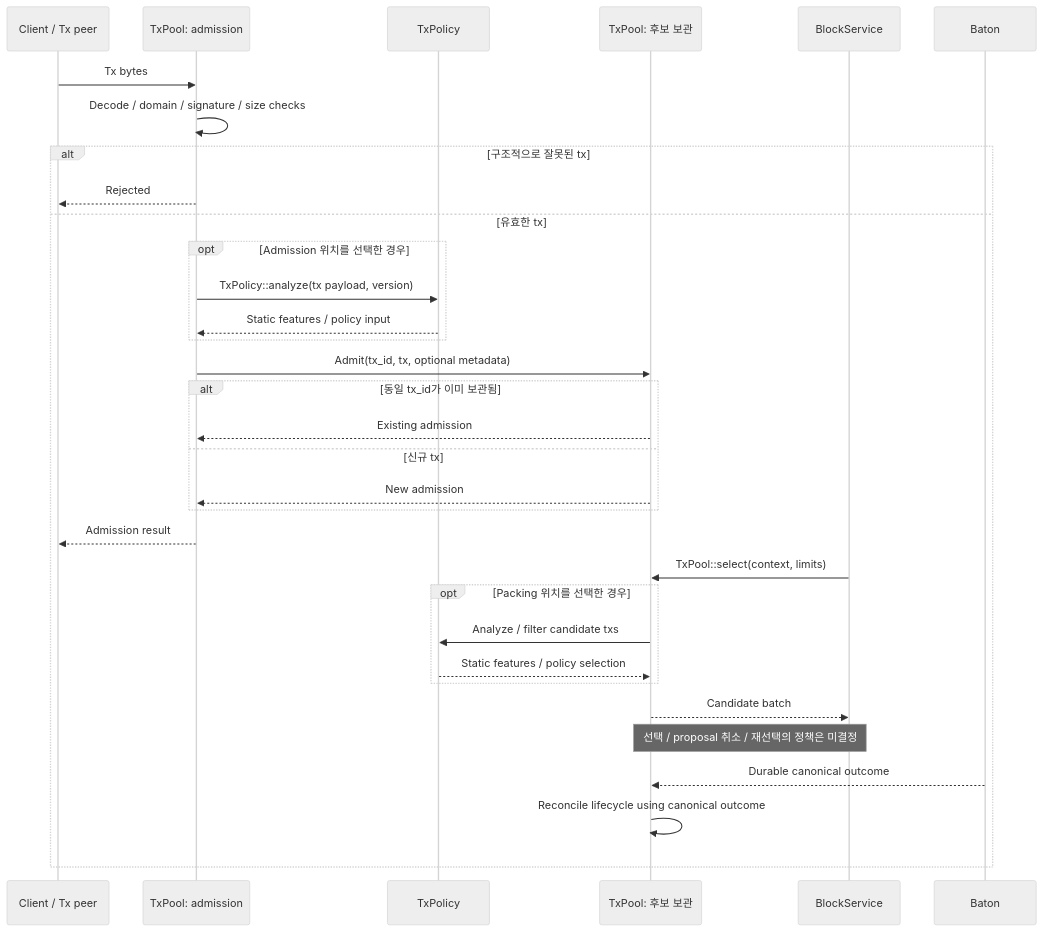
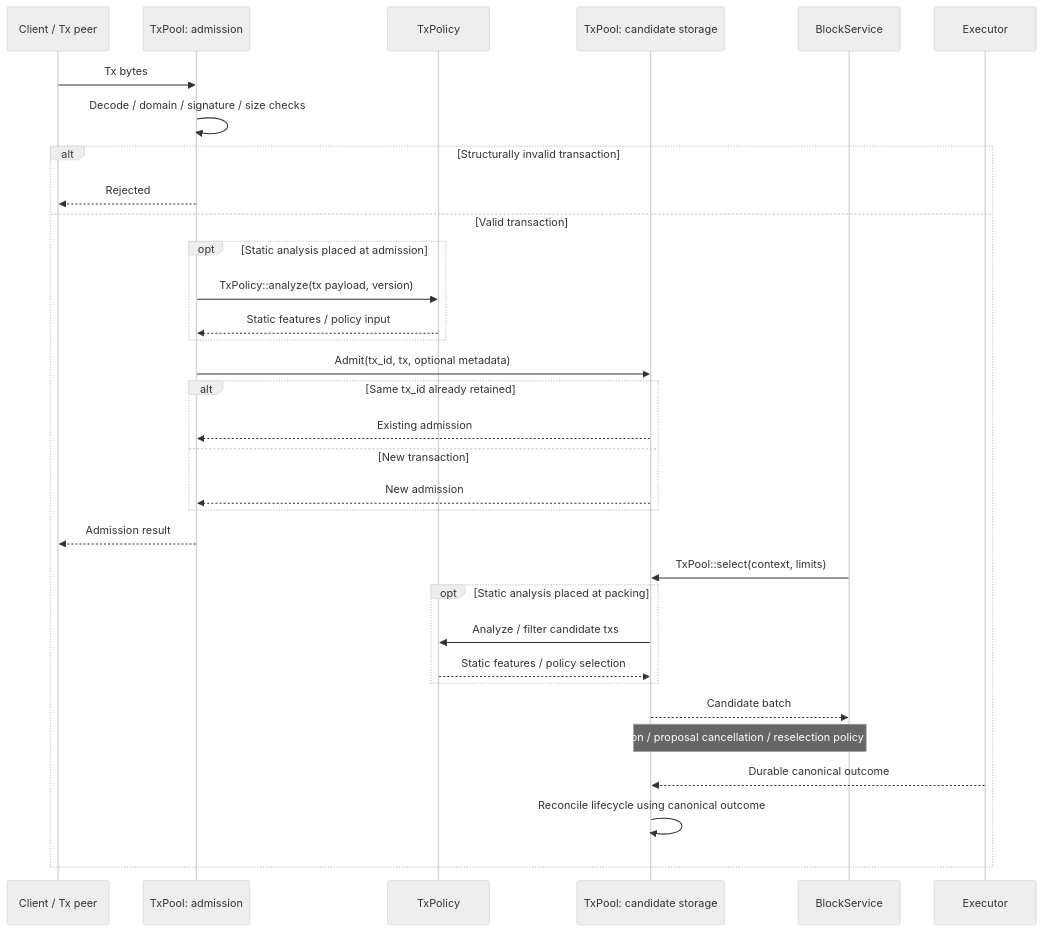
Before and after one commit to djm07073/baton-research: the second of 2 diagrams in docs/e2e/normal.md, drawn with Mermaid (neutral theme). The commit also changed other lines of this file and 99 other files, not shown here.

````diff
--- a/docs/e2e/normal.md
+++ b/docs/e2e/normal.md
@@ -41,35 +41,35 @@
 ```mermaid
 sequenceDiagram
     participant C as Client / Tx peer
     participant A as TxPool: admission
     participant S as TxPolicy
-    participant P as TxPool: 후보 보관
+    participant P as TxPool: candidate storage
     participant B as BlockService
-    participant O as Baton
+    participant O as Executor
     C->>A: Tx bytes
     A->>A: Decode / domain / signature / size checks
-    alt 구조적으로 잘못된 tx
+    alt Structurally invalid transaction
         A-->>C: Rejected
-    else 유효한 tx
-        opt Admission 위치를 선택한 경우
+    else Valid transaction
+        opt Static analysis placed at admission
             A->>S: TxPolicy::analyze(tx payload, version)
             S-->>A: Static features / policy input
         end
         A->>P: Admit(tx_id, tx, optional metadata)
-        alt 동일 tx_id가 이미 보관됨
+        alt Same tx_id already retained
             P-->>A: Existing admission
-        else 신규 tx
+        else New transaction
             P-->>A: New admission
         end
         A-->>C: Admission result
         B->>P: TxPool::select(context, limits)
-        opt Packing 위치를 선택한 경우
+        opt Static analysis placed at packing
             P->>S: Analyze / filter candidate txs
             S-->>P: Static features / policy selection
         end
         P-->>B: Candidate batch
-        Note over P,B: 선택 / proposal 취소 / 재선택의 정책은 미결정
+        Note over P,B: Selection / proposal cancellation / reselection policy is open
         O-->>P: Durable canonical outcome
         P->>P: Reconcile lifecycle using canonical outcome
     end
 ```
````
